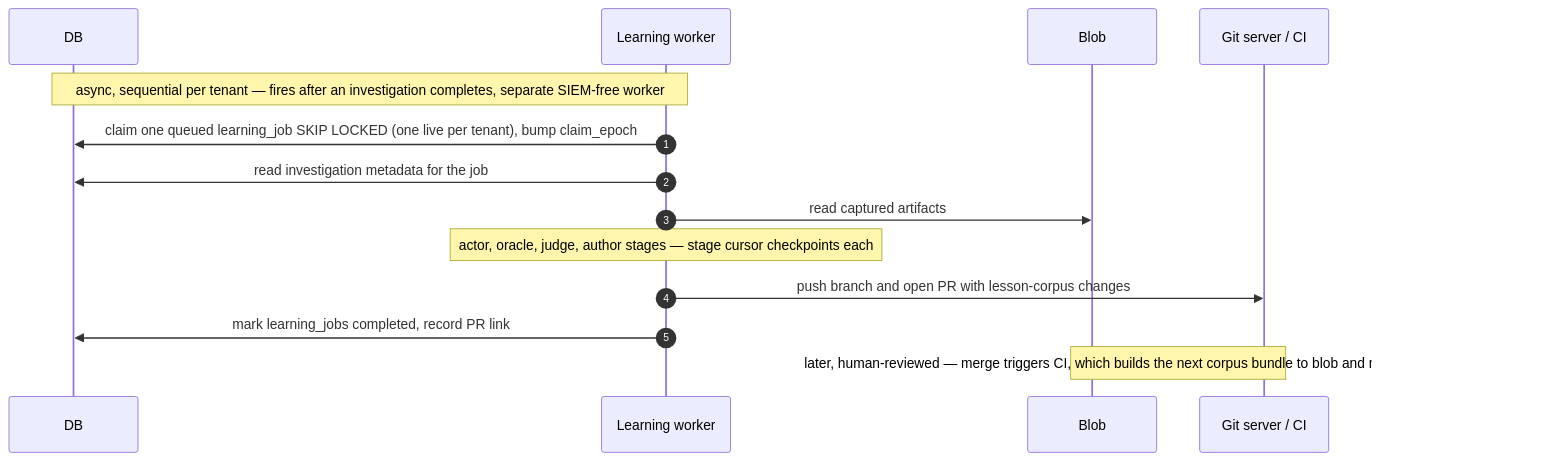
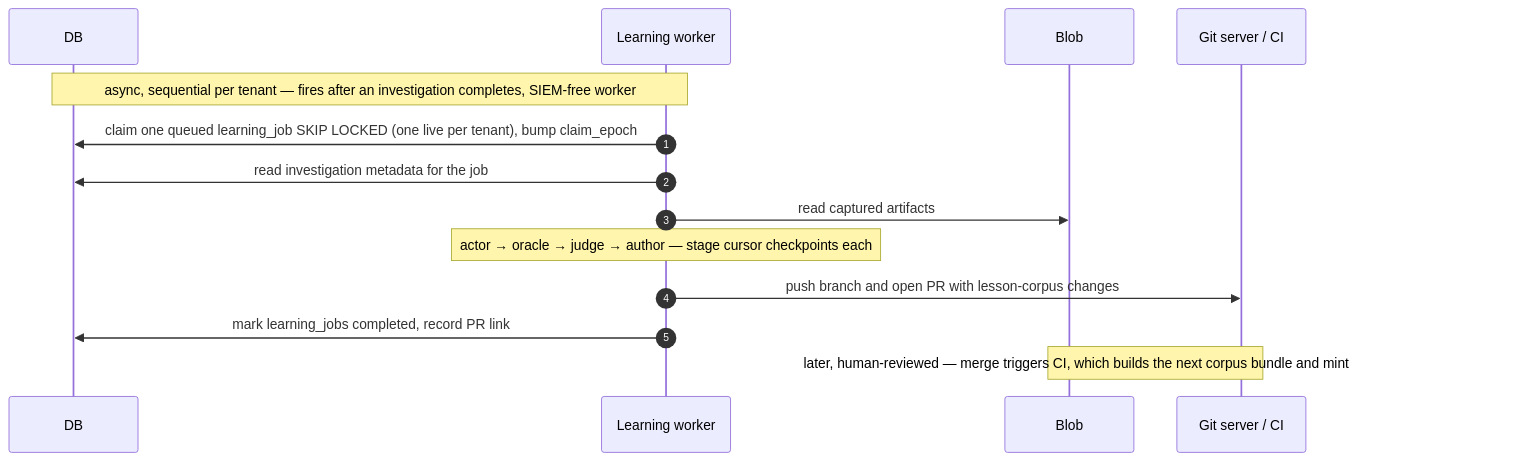
One commit to beetroot-salad/cyber-response-agent changed the third of 3 diagrams in docs/platform-design.md. Above: the diagram before and after it, drawn with Mermaid. The commit also changed other lines of this file, not shown here.

````diff
--- a/docs/platform-design.md
+++ b/docs/platform-design.md
@@ -518,17 +391,17 @@
 ```mermaid
 sequenceDiagram
     autonumber
     participant DB
     participant LW as Learning worker
     participant BLOB as Blob
     participant GIT as Git server / CI
 
-    Note over DB,LW: async, sequential per tenant — fires after an investigation completes, separate SIEM-free worker
+    Note over DB,LW: async, sequential per tenant — fires after an investigation completes, SIEM-free worker
     LW->>DB: claim one queued learning_job SKIP LOCKED (one live per tenant), bump claim_epoch
     LW->>DB: read investigation metadata for the job
     LW->>BLOB: read captured artifacts
-    Note over LW: actor, oracle, judge, author stages — stage cursor checkpoints each
+    Note over LW: actor → oracle → judge → author — stage cursor checkpoints each
     LW->>GIT: push branch and open PR with lesson-corpus changes
     LW->>DB: mark learning_jobs completed, record PR link
-    Note over GIT,BLOB: later, human-reviewed — merge triggers CI, which builds the next corpus bundle to blob and mints lessons_corpus_version
+    Note over GIT,BLOB: later, human-reviewed — merge triggers CI, which builds the next corpus bundle and mints lessons_corpus_version
 ```
````
